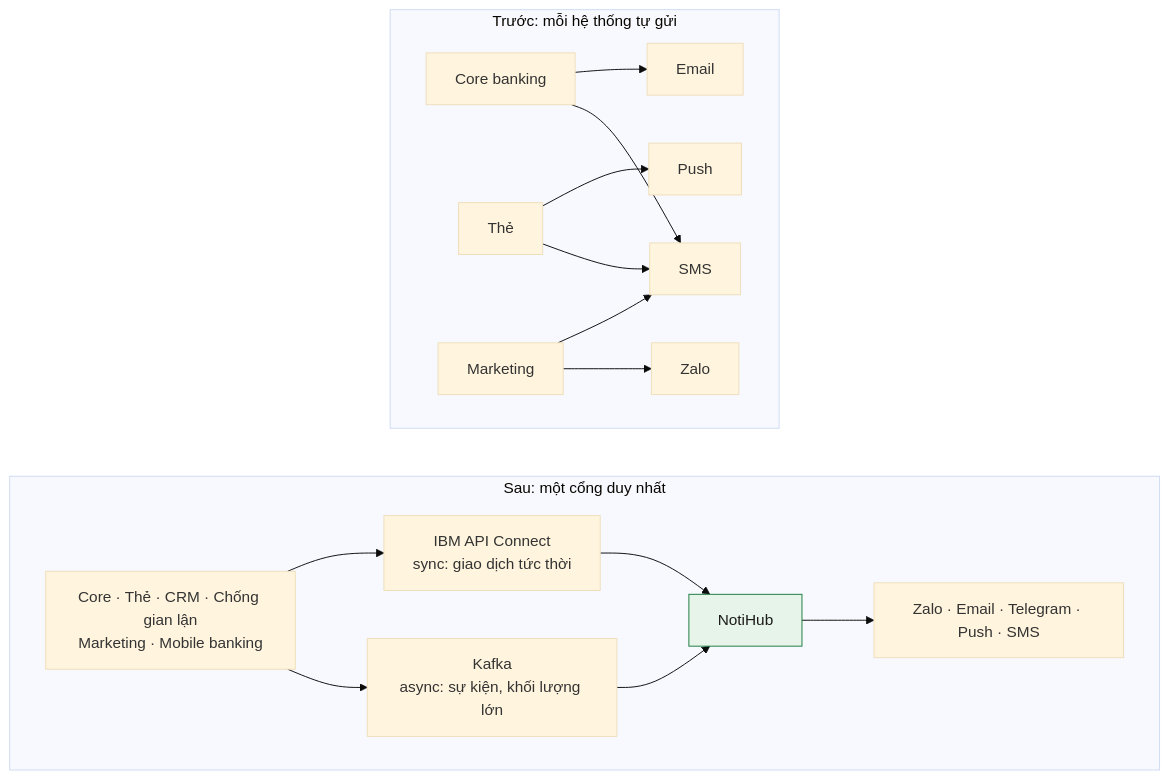
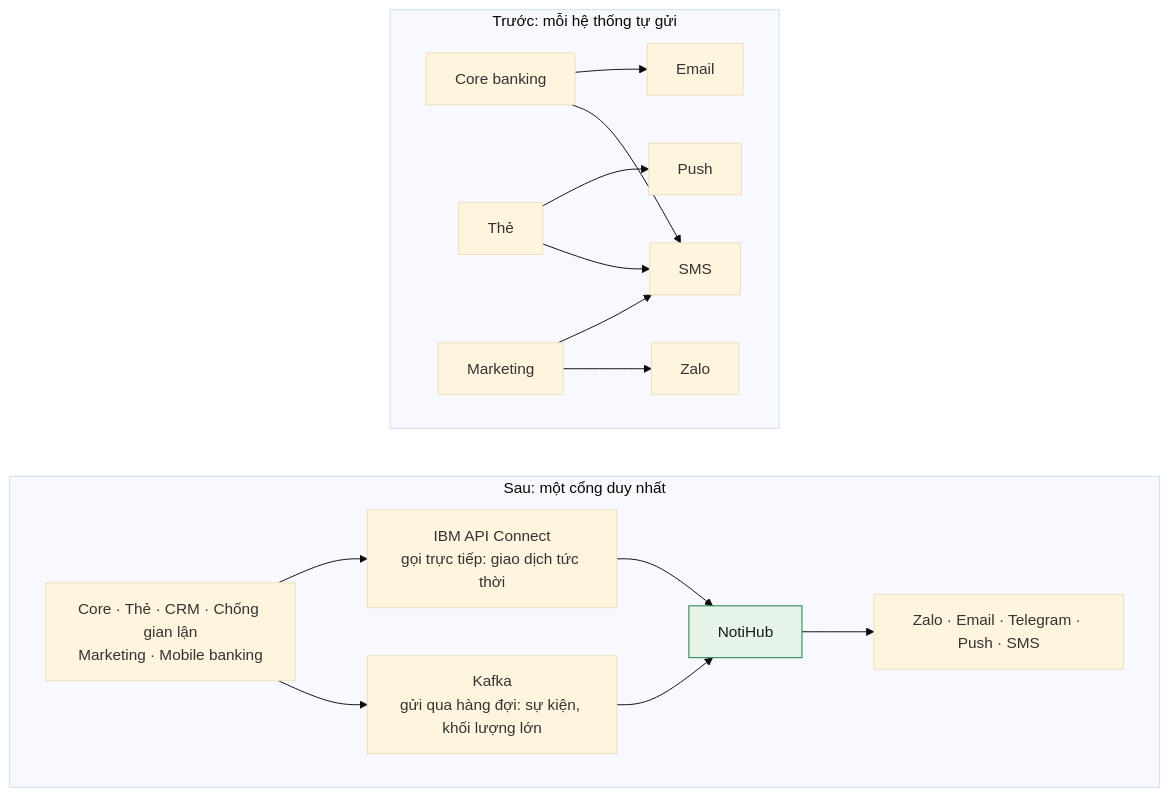
Before and after one commit to hainguyen85/kafka-study: the first of 9 diagrams in lessons/0017-notification-hub.md, drawn with Mermaid (base theme). The commit also changed other lines of this file and 11 other files, not shown here.

````diff
--- a/lessons/0017-notification-hub.md
+++ b/lessons/0017-notification-hub.md
@@ -22,23 +22,23 @@
 ```mermaid
 flowchart TB
 subgraph T["Trước: mỗi hệ thống tự gửi"]
 direction LR
 c1["Core banking"] --> p1["SMS"]
 c1 --> p2["Email"]
 t1["Thẻ"] --> p1
 t1 --> p3["Push"]
 m1["Marketing"] --> p4["Zalo"]
 m1 --> p1
 end
 subgraph S["Sau: một cổng duy nhất"]
 direction LR
-src["Core · Thẻ · CRM · Chống gian lận<br/>Marketing · Mobile banking"] --> ac["IBM API Connect<br/>sync: giao dịch tức thời"]
-src --> kf["Kafka<br/>async: sự kiện, khối lượng lớn"]
+src["Core · Thẻ · CRM · Chống gian lận<br/>Marketing · Mobile banking"] --> ac["IBM API Connect<br/>gọi trực tiếp: giao dịch tức thời"]
+src --> kf["Kafka<br/>gửi qua hàng đợi: sự kiện, khối lượng lớn"]
 ac --> h["NotiHub"]
 kf --> h
 h --> ch["Zalo · Email · Telegram · Push · SMS"]
 end
 T ~~~ S
 class h ok
 classDef ok fill:#e6f4ea,stroke:#1b7a3d,color:#1c1b19
 ```
````
